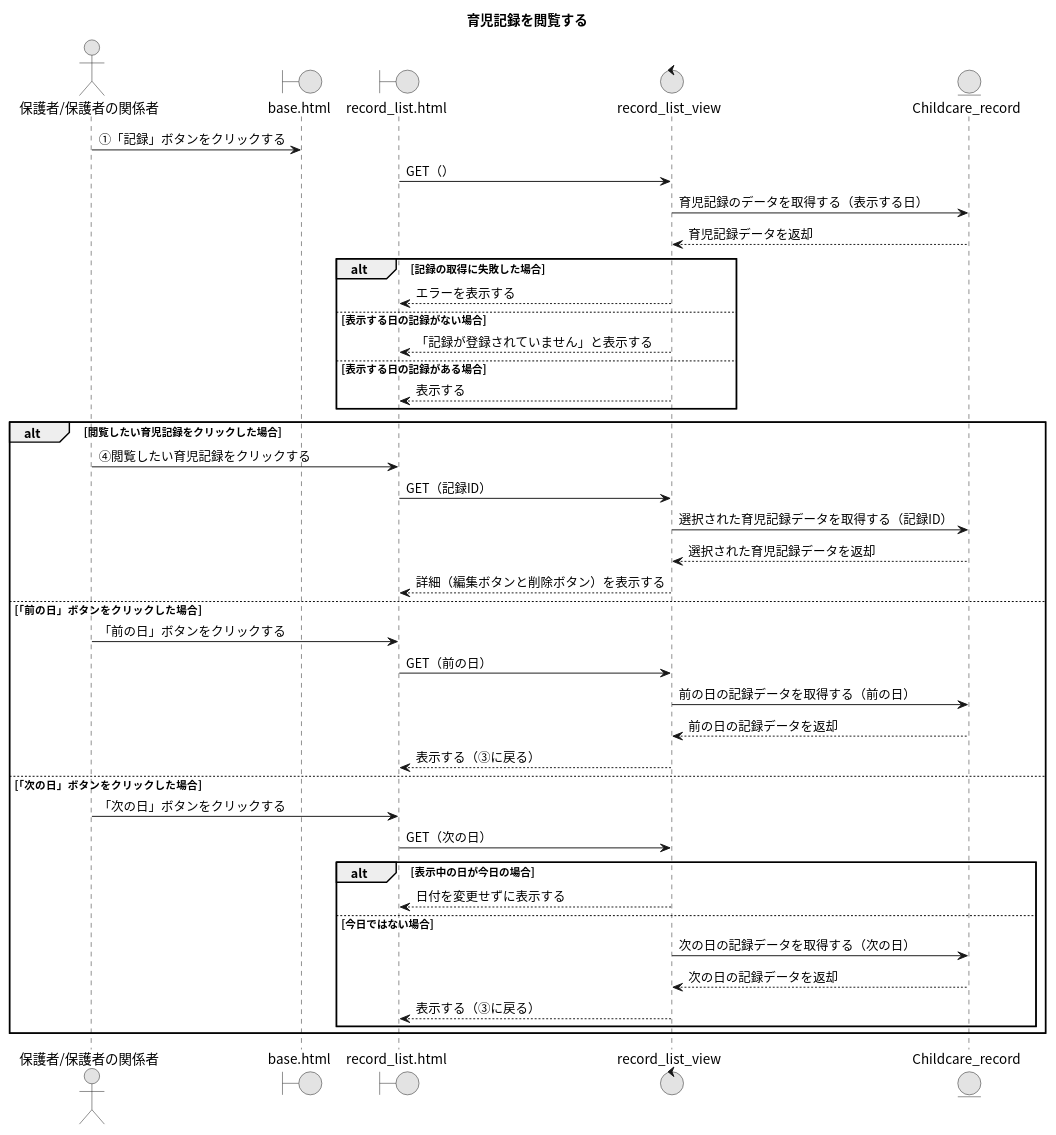
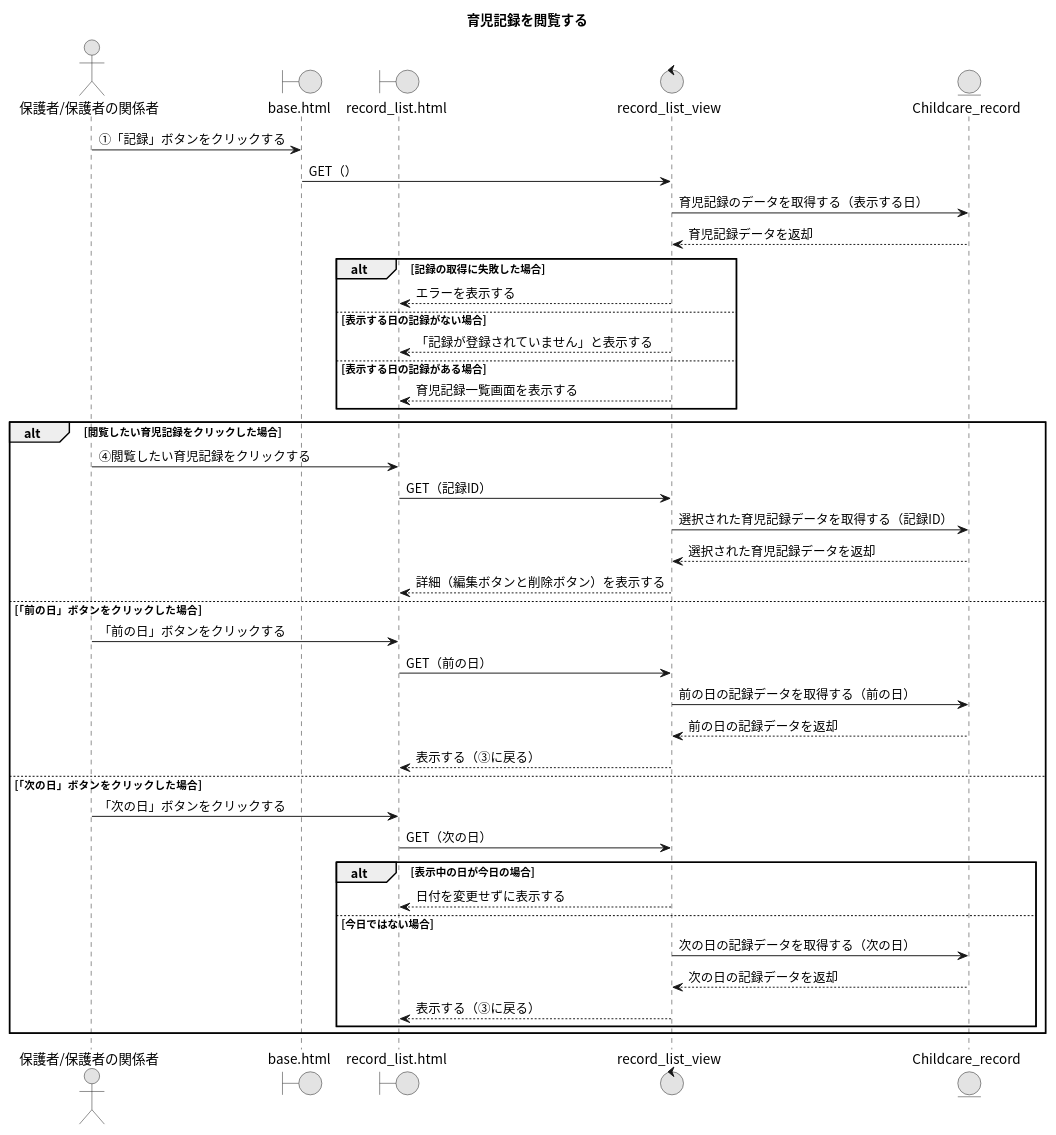
Before and after one commit to Ma2naga190330/26_sotugyou_puml: the diagram in 14_育児記録を閲覧する.puml, drawn with PlantUML. The commit also changed 9 other files, not shown here.

```diff
--- a/14_育児記録を閲覧する.puml
+++ b/14_育児記録を閲覧する.puml
@@ -1,47 +1,47 @@
 @startuml
 title 育児記録を閲覧する
 skinparam defaultFontName "Noto Sans CJK JP"
 skinparam monochrome true
 
 actor "保護者/保護者の関係者" as A
 boundary "base.html" as BP
 boundary "record_list.html" as RLP
 control "record_list_view" as RLV
 entity "Childcare_record" as CRM
 
 A -> BP : ①「記録」ボタンをクリックする
-RLP -> RLV : GET（）
+BP -> RLV : GET（）
 RLV -> CRM : 育児記録のデータを取得する（表示する日）
 RLV <-- CRM : 育児記録データを返却
 alt 記録の取得に失敗した場合
   RLV --> RLP : エラーを表示する
 else 表示する日の記録がない場合
   RLV --> RLP : 「記録が登録されていません」と表示する
 else 表示する日の記録がある場合
-  RLV --> RLP : 表示する
+  RLV --> RLP : 育児記録一覧画面を表示する
 end
 
 alt 閲覧したい育児記録をクリックした場合
   A -> RLP : ④閲覧したい育児記録をクリックする
   RLP -> RLV : GET（記録ID）
   RLV -> CRM : 選択された育児記録データを取得する（記録ID）
   RLV <-- CRM : 選択された育児記録データを返却
   RLV --> RLP : 詳細（編集ボタンと削除ボタン）を表示する
 else 「前の日」ボタンをクリックした場合
   A -> RLP : 「前の日」ボタンをクリックする
   RLP -> RLV : GET（前の日）
   RLV -> CRM : 前の日の記録データを取得する（前の日）
   RLV <-- CRM : 前の日の記録データを返却
   RLV --> RLP : 表示する（③に戻る）
 else 「次の日」ボタンをクリックした場合
   A -> RLP : 「次の日」ボタンをクリックする
   RLP -> RLV : GET（次の日）
   alt 表示中の日が今日の場合
     RLV --> RLP : 日付を変更せずに表示する
   else 今日ではない場合
     RLV -> CRM : 次の日の記録データを取得する（次の日）
     RLV <-- CRM : 次の日の記録データを返却
     RLV --> RLP : 表示する（③に戻る）
   end
 end
 @enduml
```
